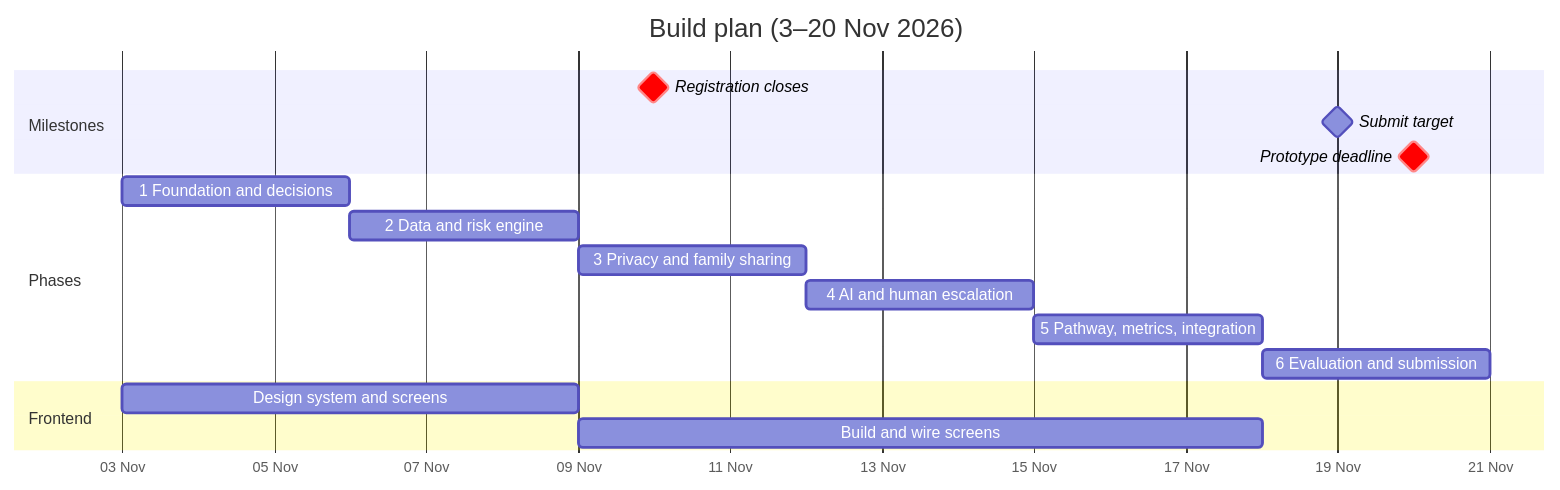
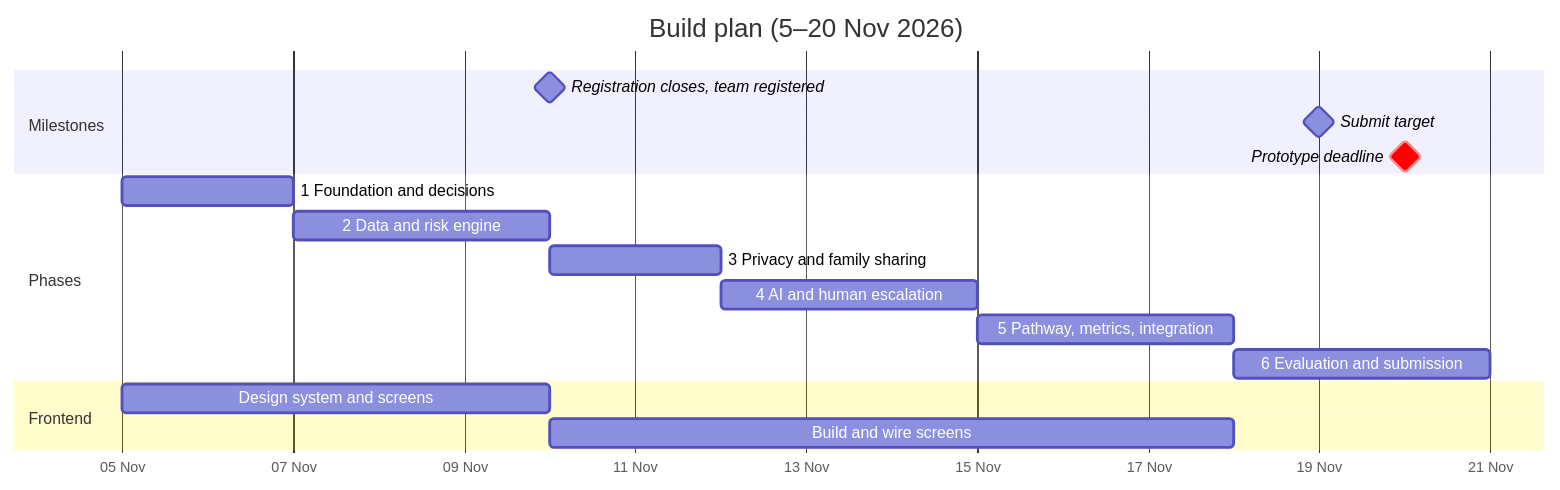
One commit to YaduvanshiHimanshunfsu/Future-Health-Digital-Innovation-Challenge changed diagram 13 of 13 in README.md. Above: the diagram before and after it, drawn with Mermaid. The commit also changed other lines of this file and 244 other files, not shown here.

````diff
--- a/README.md
+++ b/README.md
@@ -442,25 +494,25 @@
 ```mermaid
 gantt
-    title Build plan (3–20 Nov 2026)
+    title Build plan (5–20 Nov 2026)
     dateFormat YYYY-MM-DD
     axisFormat %d %b
     tickInterval 2day
     todayMarker off
 
     section Milestones
-    Registration closes       :crit, milestone, 2026-11-10, 0d
+    Registration closes, team registered :milestone, 2026-11-10, 0d
     Submit target             :milestone, 2026-11-19, 0d
     Prototype deadline        :crit, milestone, 2026-11-20, 0d
 
     section Phases
-    1 Foundation and decisions       :p1, 2026-11-03, 3d
+    1 Foundation and decisions       :p1, 2026-11-05, 2d
     2 Data and risk engine           :p2, after p1, 3d
-    3 Privacy and family sharing     :p3, after p2, 3d
+    3 Privacy and family sharing     :p3, after p2, 2d
     4 AI and human escalation        :p4, after p3, 3d
     5 Pathway, metrics, integration  :p5, after p4, 3d
     6 Evaluation and submission      :p6, after p5, 3d
 
     section Frontend
-    Design system and screens        :f1, 2026-11-03, 6d
-    Build and wire screens           :f2, 2026-11-09, 9d
+    Design system and screens        :f1, 2026-11-05, 5d
+    Build and wire screens           :f2, 2026-11-10, 8d
 ```
````
